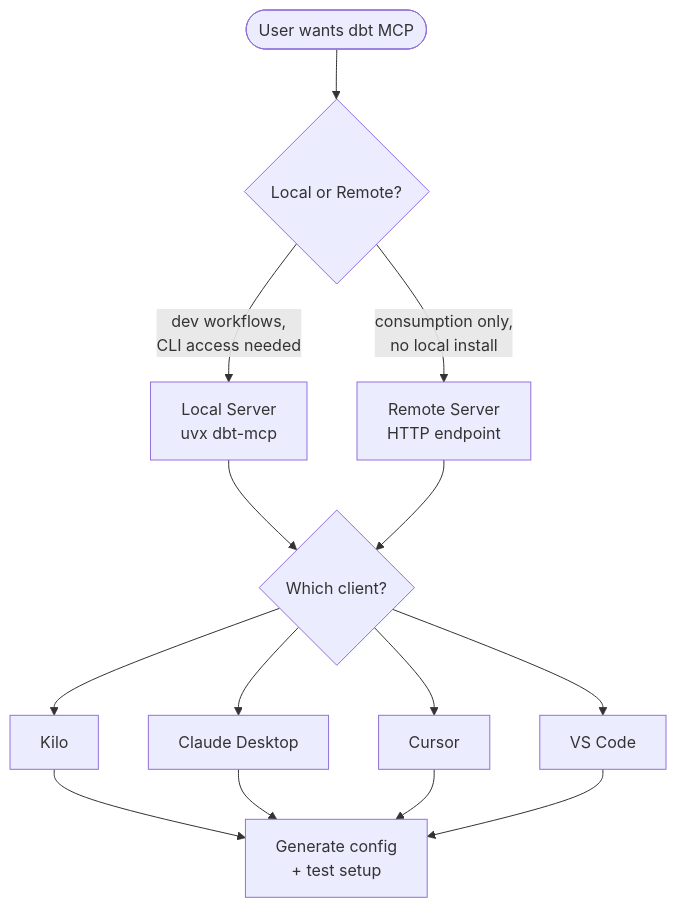
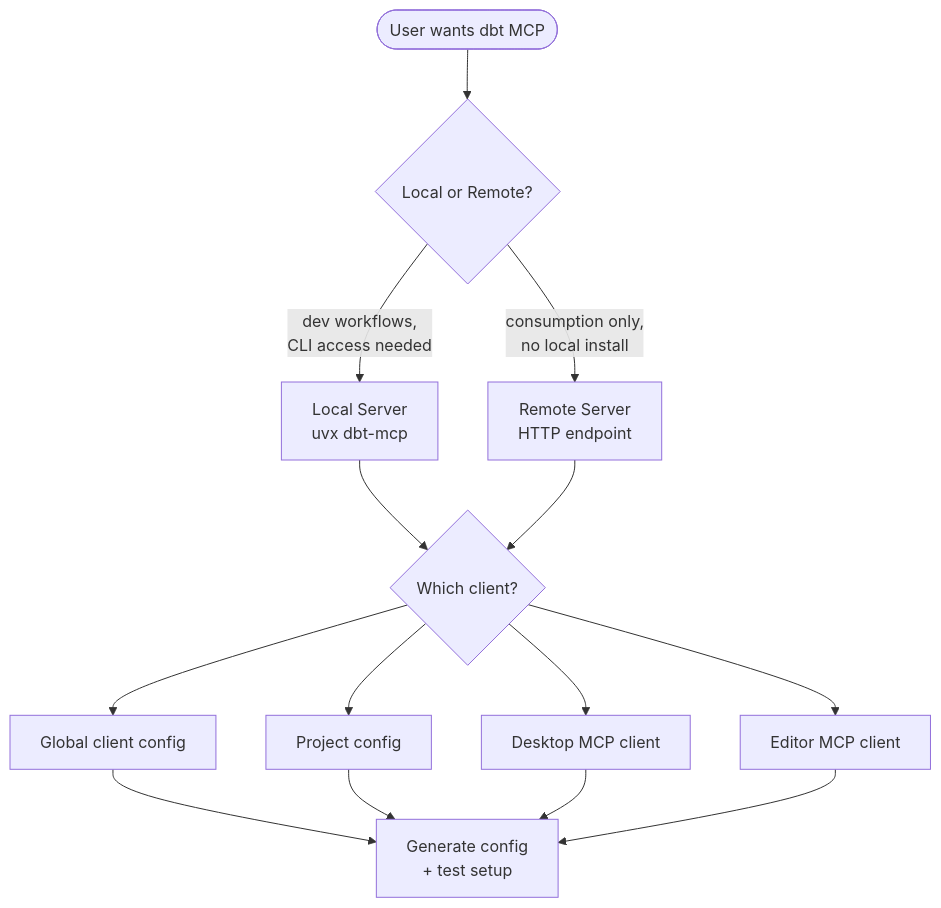
The diagram in skills/dbt/skills/configuring-dbt-mcp-server/SKILL.md (SergiuPogor/kilo-marketplace), drawn with Mermaid before and after one commit. The commit also changed other lines of this file and 712 other files, not shown here.

````diff
--- a/skills/dbt/skills/configuring-dbt-mcp-server/SKILL.md
+++ b/skills/dbt/skills/configuring-dbt-mcp-server/SKILL.md
@@ -17,16 +17,16 @@
 ```mermaid
 flowchart TB
     start([User wants dbt MCP]) --> q1{Local or Remote?}
     q1 -->|dev workflows,<br>CLI access needed| local[Local Server<br>uvx dbt-mcp]
     q1 -->|consumption only,<br>no local install| remote[Remote Server<br>HTTP endpoint]
     local --> q2{Which client?}
     remote --> q2
-    q2 --> kilo[Kilo]
-    q2 --> claude_desktop[Claude Desktop]
-    q2 --> cursor[Cursor]
-    q2 --> vscode[VS Code]
-    kilo --> config[Generate config<br>+ test setup]
-    claude_desktop --> config
-    cursor --> config
-    vscode --> config
+    q2 --> global[Global client config]
+    q2 --> project[Project config]
+    q2 --> desktop[Desktop MCP client]
+    q2 --> editor[Editor MCP client]
+    global --> config[Generate config<br>+ test setup]
+    project --> config
+    desktop --> config
+    editor --> config
 ```
````
